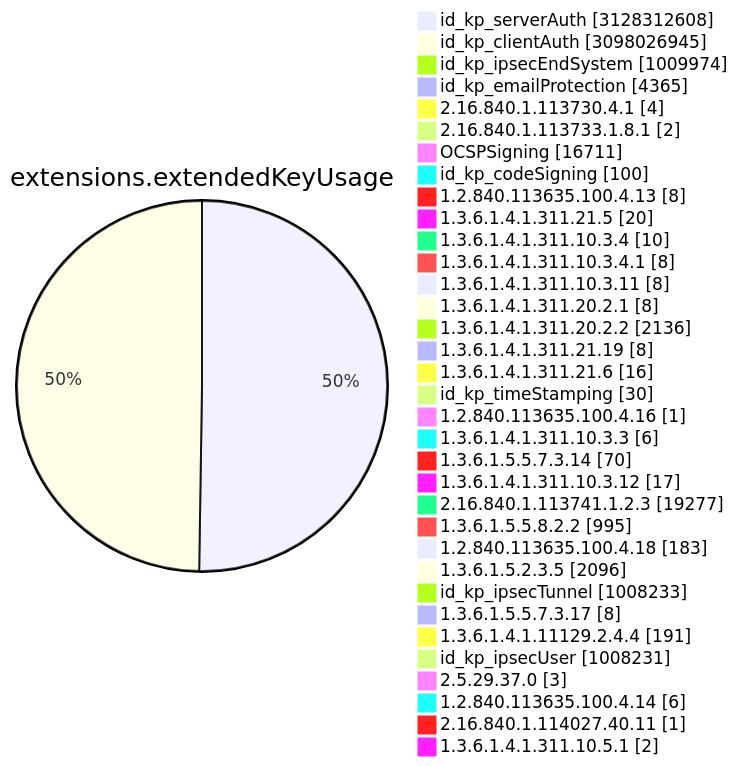
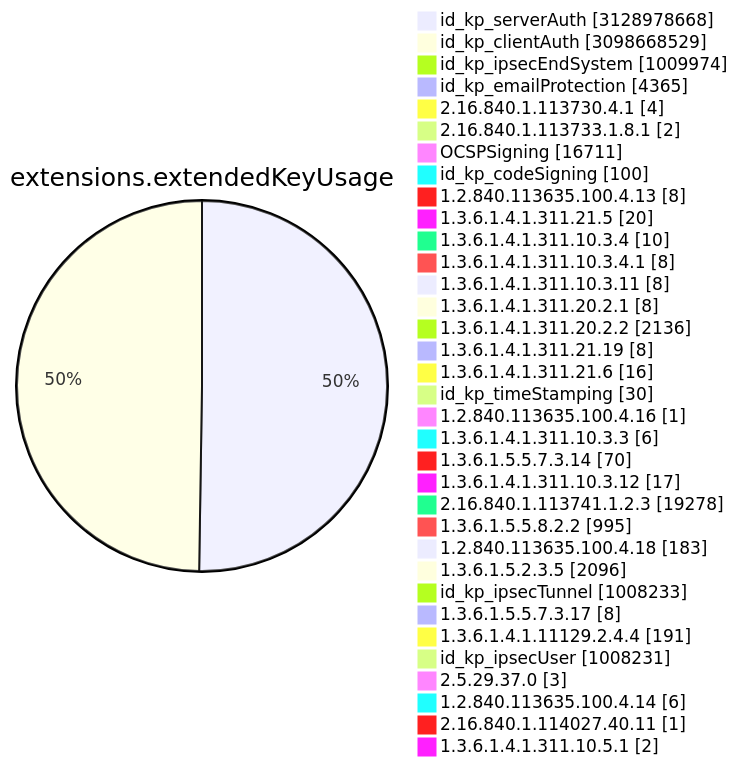
Diagram 11 of 15 in TOTAL/README.md (christiankrug/ctmonitor_visualization), drawn with Mermaid before and after one commit. The commit also changed other lines of this file, not shown here.

````diff
--- a/TOTAL/README.md
+++ b/TOTAL/README.md
@@ -4117,38 +4117,38 @@
 ```mermaid
 pie showData
 title extensions.extendedKeyUsage
-"id_kp_serverAuth" :3128312608
-"id_kp_clientAuth" :3098026945
+"id_kp_serverAuth" :3128978668
+"id_kp_clientAuth" :3098668529
 "id_kp_ipsecEndSystem" :1009974
 "id_kp_emailProtection" :4365
 "2.16.840.1.113730.4.1" :4
 "2.16.840.1.113733.1.8.1" :2
 "OCSPSigning" :16711
 "id_kp_codeSigning" :100
 "1.2.840.113635.100.4.13" :8
 "1.3.6.1.4.1.311.21.5" :20
 "1.3.6.1.4.1.311.10.3.4" :10
 "1.3.6.1.4.1.311.10.3.4.1" :8
 "1.3.6.1.4.1.311.10.3.11" :8
 "1.3.6.1.4.1.311.20.2.1" :8
 "1.3.6.1.4.1.311.20.2.2" :2136
 "1.3.6.1.4.1.311.21.19" :8
 "1.3.6.1.4.1.311.21.6" :16
 "id_kp_timeStamping" :30
 "1.2.840.113635.100.4.16" :1
 "1.3.6.1.4.1.311.10.3.3" :6
 "1.3.6.1.5.5.7.3.14" :70
 "1.3.6.1.4.1.311.10.3.12" :17
-"2.16.840.1.113741.1.2.3" :19277
+"2.16.840.1.113741.1.2.3" :19278
 "1.3.6.1.5.5.8.2.2" :995
 "1.2.840.113635.100.4.18" :183
 "1.3.6.1.5.2.3.5" :2096
 "id_kp_ipsecTunnel" :1008233
 "1.3.6.1.5.5.7.3.17" :8
 "1.3.6.1.4.1.11129.2.4.4" :191
 "id_kp_ipsecUser" :1008231
 "2.5.29.37.0" :3
 "1.2.840.113635.100.4.14" :6
 "2.16.840.1.114027.40.11" :1
 "1.3.6.1.4.1.311.10.5.1" :2
 ```
````
